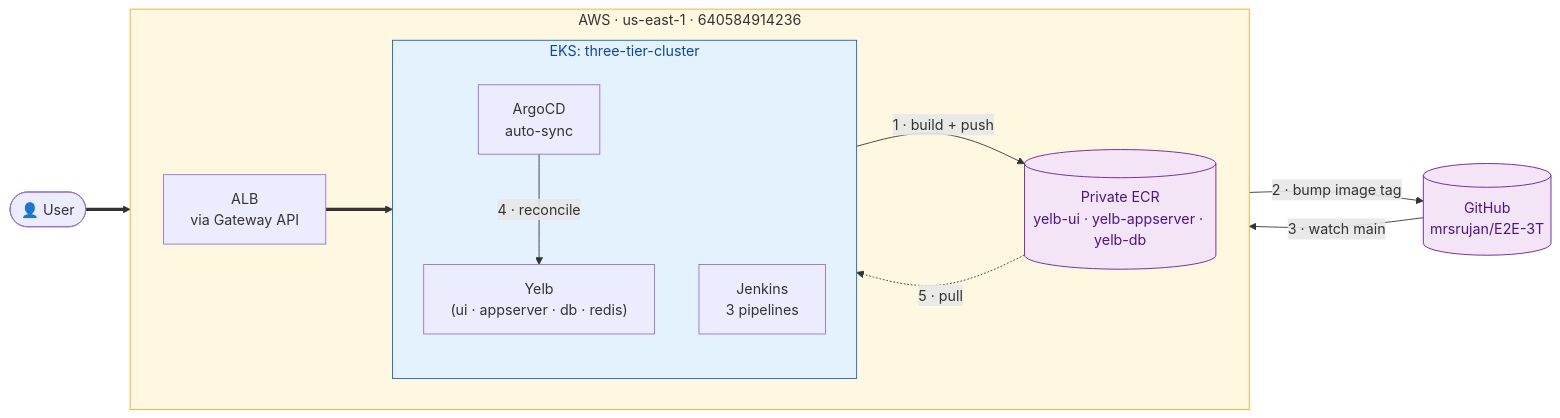
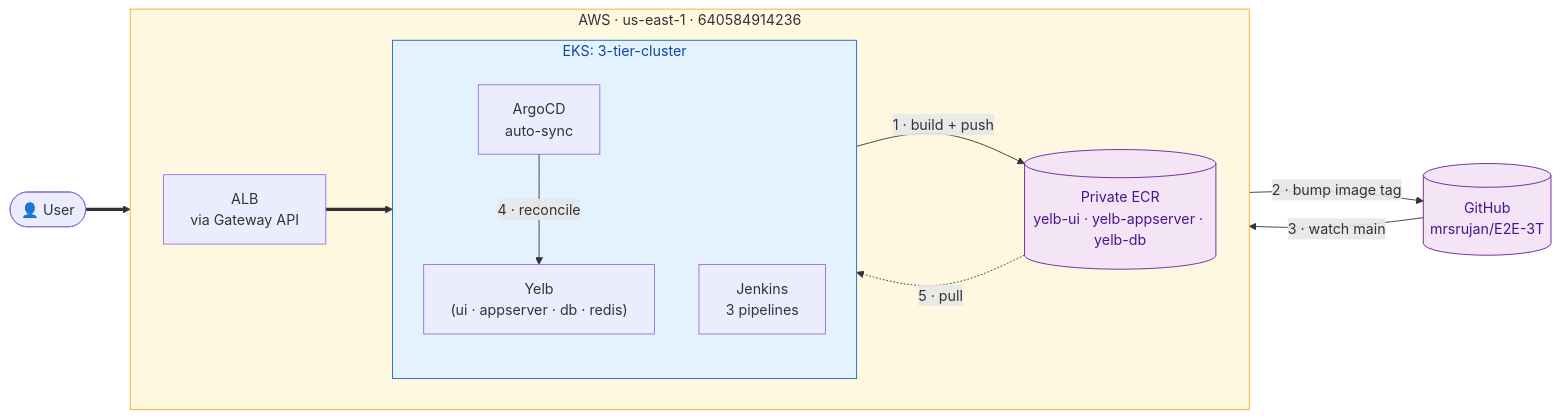
Before and after one commit to mrsrujan/E2E-3T: the diagram in assets/architecture-high-level.mmd, drawn with Mermaid. The commit also changed 26 other files, not shown here.

```diff
--- a/assets/architecture-high-level.mmd
+++ b/assets/architecture-high-level.mmd
@@ -1,34 +1,34 @@
 %% High-level architecture — E2E-3T
 %% Shows: user traffic path + GitOps loop + image flow.
 %% See docs/architecture.md for the rendered version with context.
 
 flowchart LR
     user([👤 User])
     gh[("GitHub<br/>mrsrujan/E2E-3T")]
 
     subgraph CLOUD["AWS · us-east-1 · 640584914236"]
         direction LR
         gw["ALB<br/>via Gateway API"]
         ecr[("Private ECR<br/>yelb-ui · yelb-appserver · yelb-db")]
 
-        subgraph EKS["EKS: three-tier-cluster"]
+        subgraph EKS["EKS: 3-tier-cluster"]
             direction TB
             yelb["Yelb<br/>(ui · appserver · db · redis)"]
             cd["ArgoCD<br/>auto-sync"]
             ci["Jenkins<br/>3 pipelines"]
         end
     end
 
     user ==> gw ==> yelb
     ci -- "1 · build + push" --> ecr
     ci -- "2 · bump image tag" --> gh
     gh -- "3 · watch main" --> cd
     cd -- "4 · reconcile" --> yelb
     ecr -. "5 · pull" .-> yelb
 
     classDef cloud fill:#fff8e1,stroke:#f9a825,color:#333
     classDef cluster fill:#e3f2fd,stroke:#1565c0,color:#0d47a1
     classDef store fill:#f3e5f5,stroke:#6a1b9a,color:#4a148c
     class CLOUD cloud
     class EKS cluster
     class ecr,gh store
```
